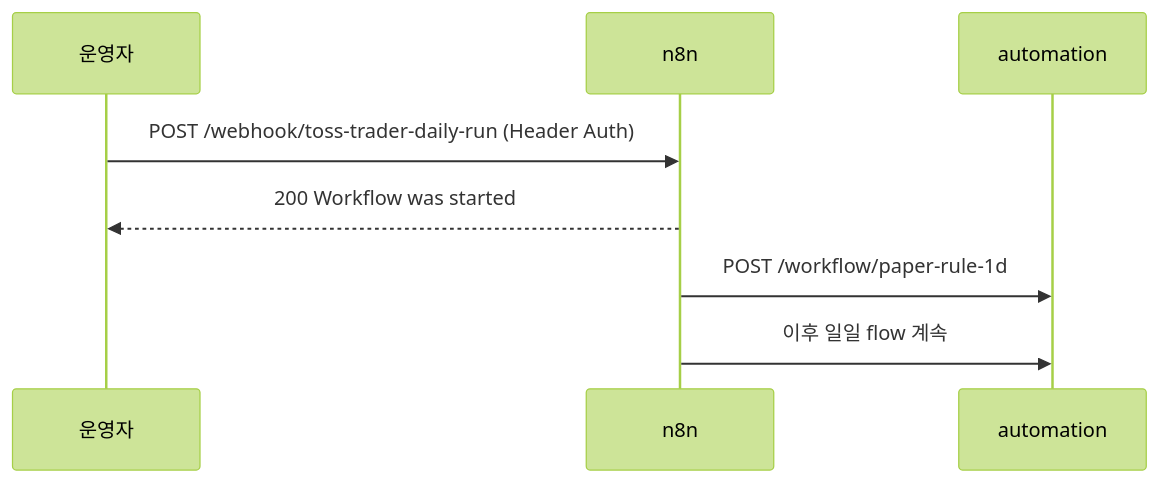
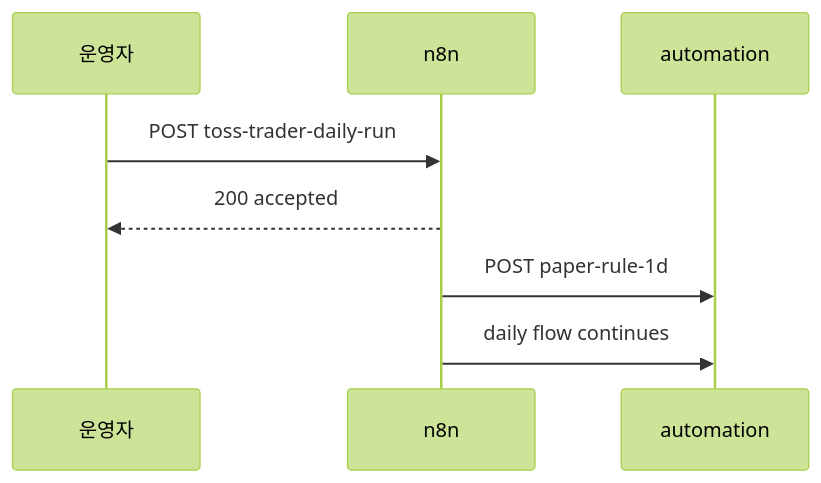
One commit to hunchulchoi/toss-trader changed the fourth of 12 diagrams in docs/system-workflow.md. Above: the diagram before and after it, drawn with Mermaid (forest theme). The commit also changed other lines of this file and 12 other files, not shown here.

````diff
--- a/docs/system-workflow.md
+++ b/docs/system-workflow.md
@@ -145,10 +145,10 @@
 ```mermaid
 sequenceDiagram
     participant O as 운영자
     participant N as n8n
     participant A as automation
-    O->>N: POST /webhook/toss-trader-daily-run (Header Auth)
-    N-->>O: 200 Workflow was started
-    N->>A: POST /workflow/paper-rule-1d
-    N->>A: 이후 일일 flow 계속
+    O->>N: POST toss-trader-daily-run
+    N-->>O: 200 accepted
+    N->>A: POST paper-rule-1d
+    N->>A: daily flow continues
 ```
````
